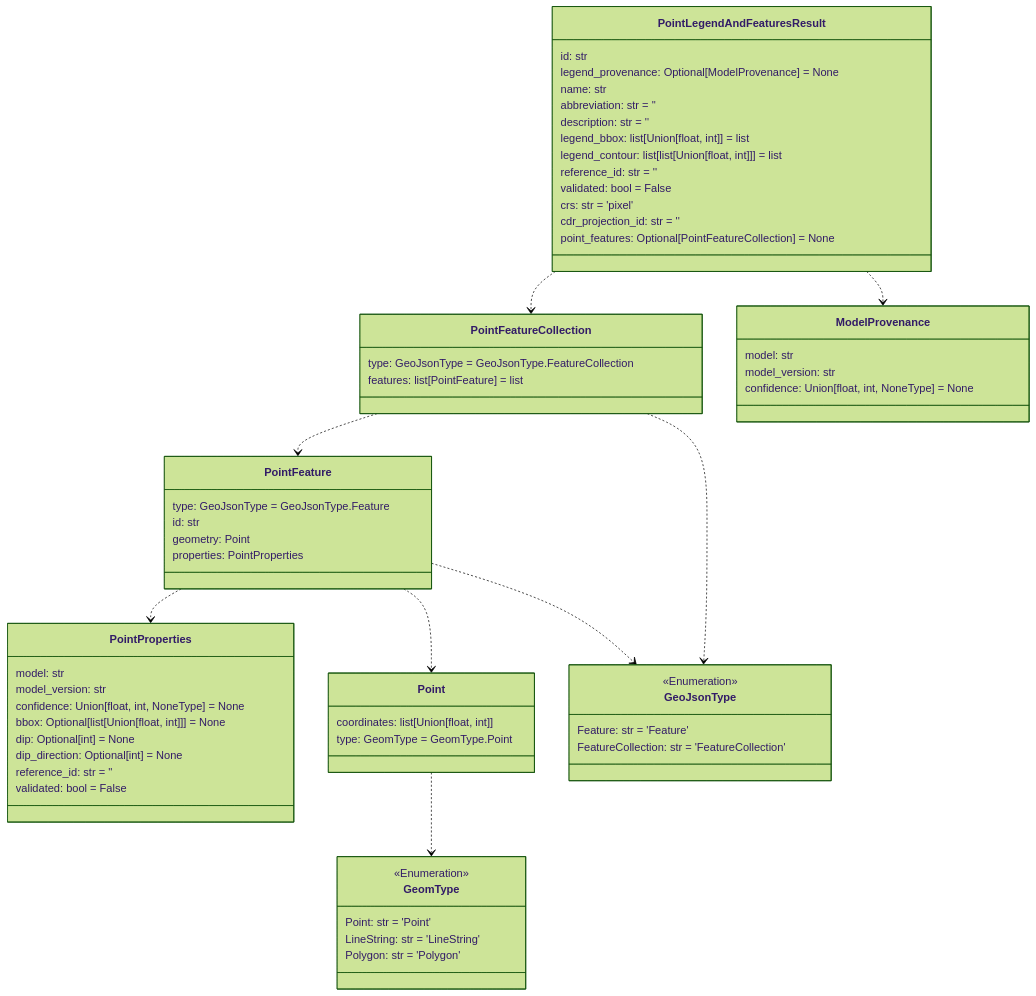
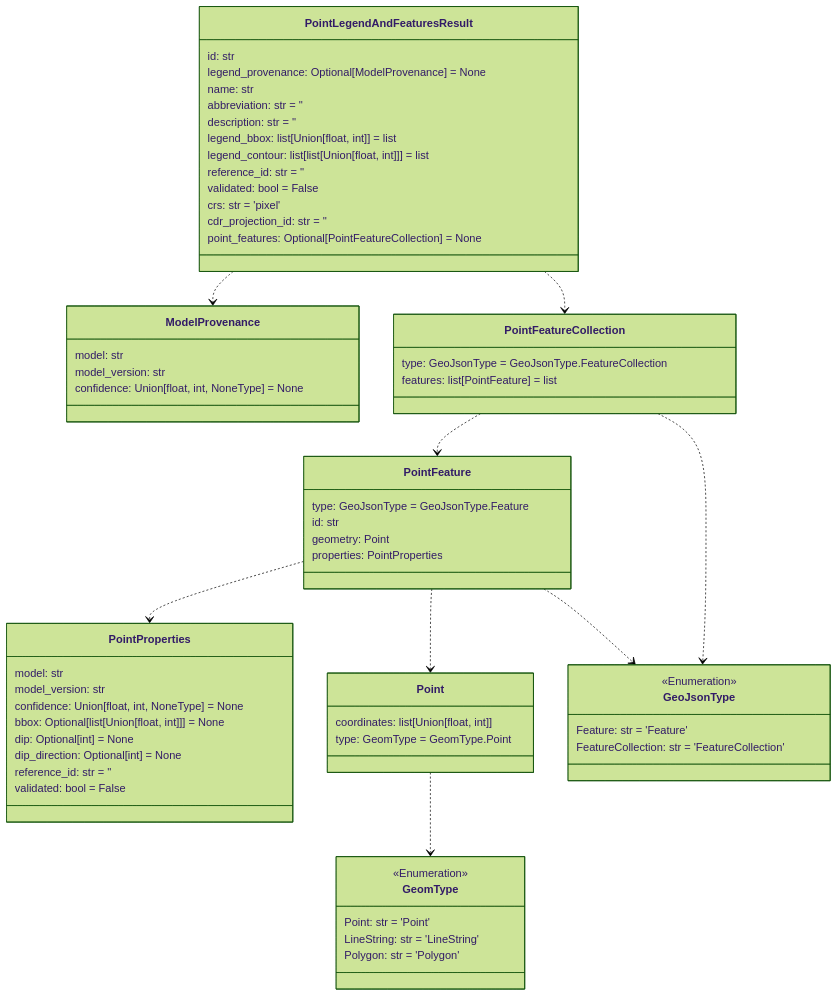
One commit to DARPA-CRITICALMAAS/cdr_schemas changed the fifth of 14 diagrams in README.md. Above: the diagram before and after it, drawn with Mermaid (forest theme). The commit also changed other lines of this file and 1 other file, not shown here.

````diff
--- a/README.md
+++ b/README.md
@@ -368,76 +368,76 @@
 ```mermaid
 classDiagram
+
+    class PointFeature {
+        type: GeoJsonType = GeoJsonType.Feature
+        id: str
+        geometry: Point
+        properties: PointProperties
+    }
+
+    class PointProperties {
+        model: str
+        model_version: str
+        confidence: Union[float, int, NoneType] = None
+        bbox: Optional[list[Union[float, int]]] = None
+        dip: Optional[int] = None
+        dip_direction: Optional[int] = None
+        reference_id: str = ''
+        validated: bool = False
+    }
+
+    class Point {
+        coordinates: list[Union[float, int]]
+        type: GeomType = GeomType.Point
+    }
+
+    class ModelProvenance {
+        model: str
+        model_version: str
+        confidence: Union[float, int, NoneType] = None
+    }
+
+    class GeomType {
+        <<Enumeration>>
+        Point: str = 'Point'
+        LineString: str = 'LineString'
+        Polygon: str = 'Polygon'
+    }
+
+    class PointFeatureCollection {
+        type: GeoJsonType = GeoJsonType.FeatureCollection
+        features: list[PointFeature] = list
+    }
+
+    class GeoJsonType {
+        <<Enumeration>>
+        Feature: str = 'Feature'
+        FeatureCollection: str = 'FeatureCollection'
+    }
 
     class PointLegendAndFeaturesResult {
         id: str
         legend_provenance: Optional[ModelProvenance] = None
         name: str
         abbreviation: str = ''
         description: str = ''
         legend_bbox: list[Union[float, int]] = list
         legend_contour: list[list[Union[float, int]]] = list
         reference_id: str = ''
         validated: bool = False
         crs: str = 'pixel'
         cdr_projection_id: str = ''
         point_features: Optional[PointFeatureCollection] = None
     }
 
-    class PointProperties {
-        model: str
-        model_version: str
-        confidence: Union[float, int, NoneType] = None
-        bbox: Optional[list[Union[float, int]]] = None
-        dip: Optional[int] = None
-        dip_direction: Optional[int] = None
-        reference_id: str = ''
-        validated: bool = False
-    }
-
-    class PointFeatureCollection {
-        type: GeoJsonType = GeoJsonType.FeatureCollection
-        features: list[PointFeature] = list
-    }
-
-    class GeomType {
-        <<Enumeration>>
-        Point: str = 'Point'
-        LineString: str = 'LineString'
-        Polygon: str = 'Polygon'
-    }
-
-    class ModelProvenance {
-        model: str
-        model_version: str
-        confidence: Union[float, int, NoneType] = None
-    }
-
-    class Point {
-        coordinates: list[Union[float, int]]
-        type: GeomType = GeomType.Point
-    }
-
-    class GeoJsonType {
-        <<Enumeration>>
-        Feature: str = 'Feature'
-        FeatureCollection: str = 'FeatureCollection'
-    }
-
-    class PointFeature {
-        type: GeoJsonType = GeoJsonType.Feature
-        id: str
-        geometry: Point
-        properties: PointProperties
-    }
-
     Point ..> GeomType
+    PointFeature ..> PointProperties
     PointFeature ..> Point
-    PointFeature ..> PointProperties
     PointFeature ..> GeoJsonType
+    PointFeatureCollection ..> PointFeature
     PointFeatureCollection ..> GeoJsonType
-    PointFeatureCollection ..> PointFeature
+    PointLegendAndFeaturesResult ..> PointFeatureCollection
     PointLegendAndFeaturesResult ..> ModelProvenance
-    PointLegendAndFeaturesResult ..> PointFeatureCollection
 
 
 ```
````
